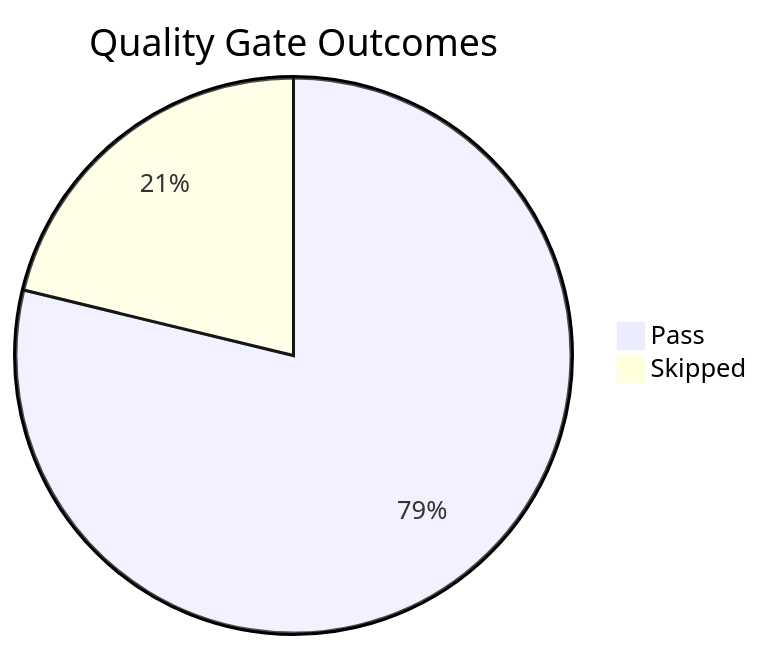
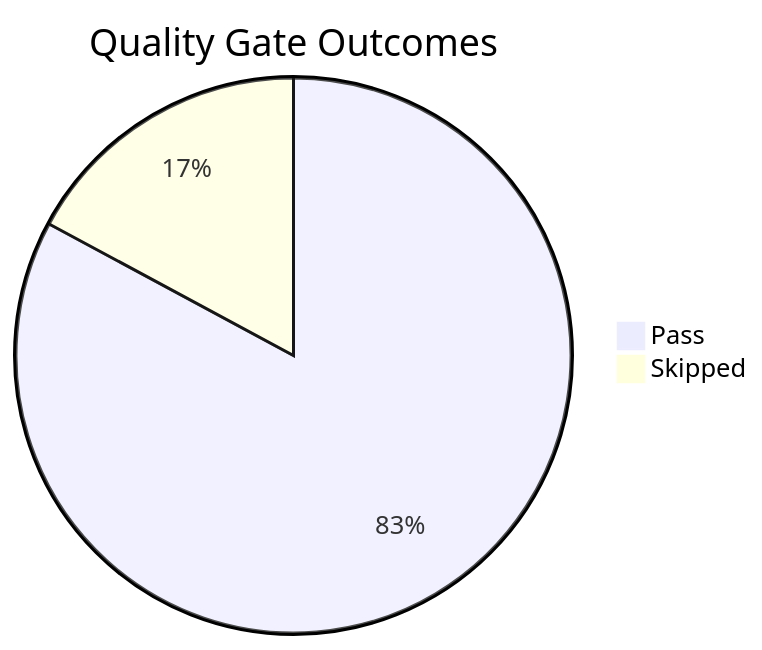
One commit to yeongseon/azure-app-service-practical-guide changed the diagram in docs/meta/golden-status.md. Above: the diagram before and after it, drawn with Mermaid. The commit also changed other lines of this file, not shown here.

````diff
--- a/docs/meta/golden-status.md
+++ b/docs/meta/golden-status.md
@@ -42,5 +42,5 @@
 ```mermaid
 pie title Quality Gate Outcomes
-    "Pass" : 26
-    "Skipped" : 7
+    "Pass" : 29
+    "Skipped" : 6
 ```
````
